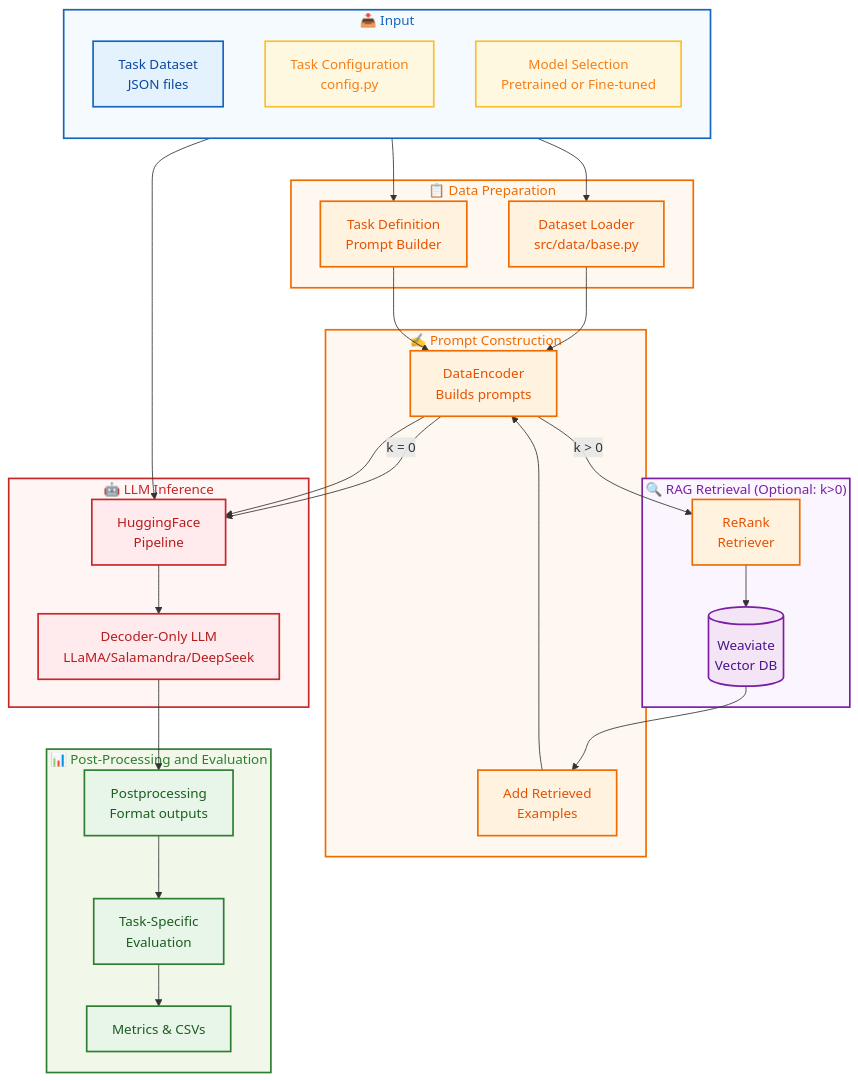
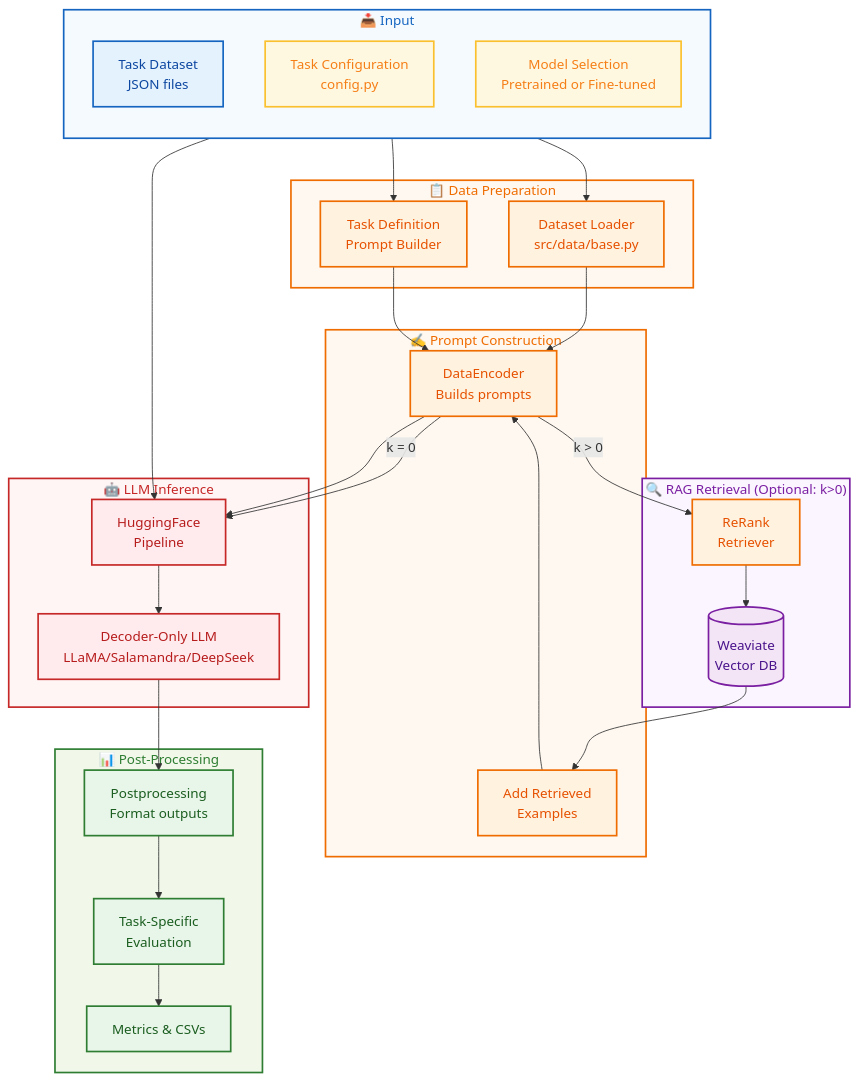
The diagram in README.md (gplsi/Odesia_Challenge), drawn with Mermaid before and after one commit.

Commit message:
update mermaid

````diff
--- a/README.md
+++ b/README.md
@@ -324,70 +324,70 @@
 ```mermaid
 graph TB
     %% Define styles
     classDef default fill:#f9f9f9,stroke:#333,stroke-width:1px,color:#000;
     classDef input fill:#e3f2fd,stroke:#1565c0,stroke-width:2px,color:#0d47a1;
     classDef process fill:#fff3e0,stroke:#ef6c00,stroke-width:2px,color:#e65100;
     classDef storage fill:#f3e5f5,stroke:#7b1fa2,stroke-width:2px,color:#4a148c;
     classDef inference fill:#ffebee,stroke:#c62828,stroke-width:2px,color:#b71c1c;
     classDef output fill:#e8f5e9,stroke:#2e7d32,stroke-width:2px,color:#1b5e20;
     classDef config fill:#fff8e1,stroke:#fbc02d,stroke-width:2px,color:#f57f17;
 
     subgraph Input["📥 Input"]
         direction TB
         TaskData[Task Dataset<br/>JSON files]:::input
         TaskConfig[Task Configuration<br/>config.py]:::config
         ModelChoice[Model Selection<br/>Pretrained or Fine-tuned]:::config
     end
     
     subgraph DataPrep["📋 Data Preparation"]
         DataLoader[Dataset Loader<br/>src/data/base.py]:::process
         TaskDef[Task Definition<br/>Prompt Builder]:::process
     end
     
     subgraph Retrieval["🔍 RAG Retrieval (Optional: k>0)"]
         Weaviate[(Weaviate<br/>Vector DB)]:::storage
         ReRank[ReRank<br/>Retriever]:::process
     end
     
     subgraph Encoding["✍️ Prompt Construction"]
         DataEnc[DataEncoder<br/>Builds prompts]:::process
         Context[Add Retrieved<br/>Examples]:::process
     end
     
     subgraph Inference["🤖 LLM Inference"]
         HFPipe[HuggingFace<br/>Pipeline]:::inference
         LLM[Decoder-Only LLM<br/>LLaMA/Salamandra/DeepSeek]:::inference
     end
     
-    subgraph PostEval["📊 Post-Processing and Evaluation"]
+    subgraph PostEval["📊 Post-Processing"]
         PostProc[Postprocessing<br/>Format outputs]:::output
         TaskEval[Task-Specific<br/>Evaluation]:::output
         Metrics[Metrics & CSVs]:::output
     end
     
     TaskData --> DataLoader
     TaskConfig --> TaskDef
     DataLoader --> DataEnc
     TaskDef --> DataEnc
     ModelChoice --> HFPipe
     
     DataEnc -->|k > 0| ReRank
     ReRank --> Weaviate
     Weaviate --> Context
     Context --> DataEnc
     DataEnc -->|k = 0| HFPipe
     
     DataEnc --> HFPipe
     HFPipe --> LLM
     LLM --> PostProc
     PostProc --> TaskEval
     TaskEval --> Metrics
     
     %% Subgraph Styles
     style Input fill:#f5faff,stroke:#1565c0,stroke-width:2px,color:#1565c0
     style DataPrep fill:#fff8f0,stroke:#ef6c00,stroke-width:2px,color:#ef6c00
     style Retrieval fill:#faf5ff,stroke:#7b1fa2,stroke-width:2px,color:#7b1fa2
     style Encoding fill:#fff8f0,stroke:#ef6c00,stroke-width:2px,color:#ef6c00
     style Inference fill:#fff5f5,stroke:#c62828,stroke-width:2px,color:#c62828
     style PostEval fill:#f1f8e9,stroke:#2e7d32,stroke-width:2px,color:#2e7d32
 ```
````
